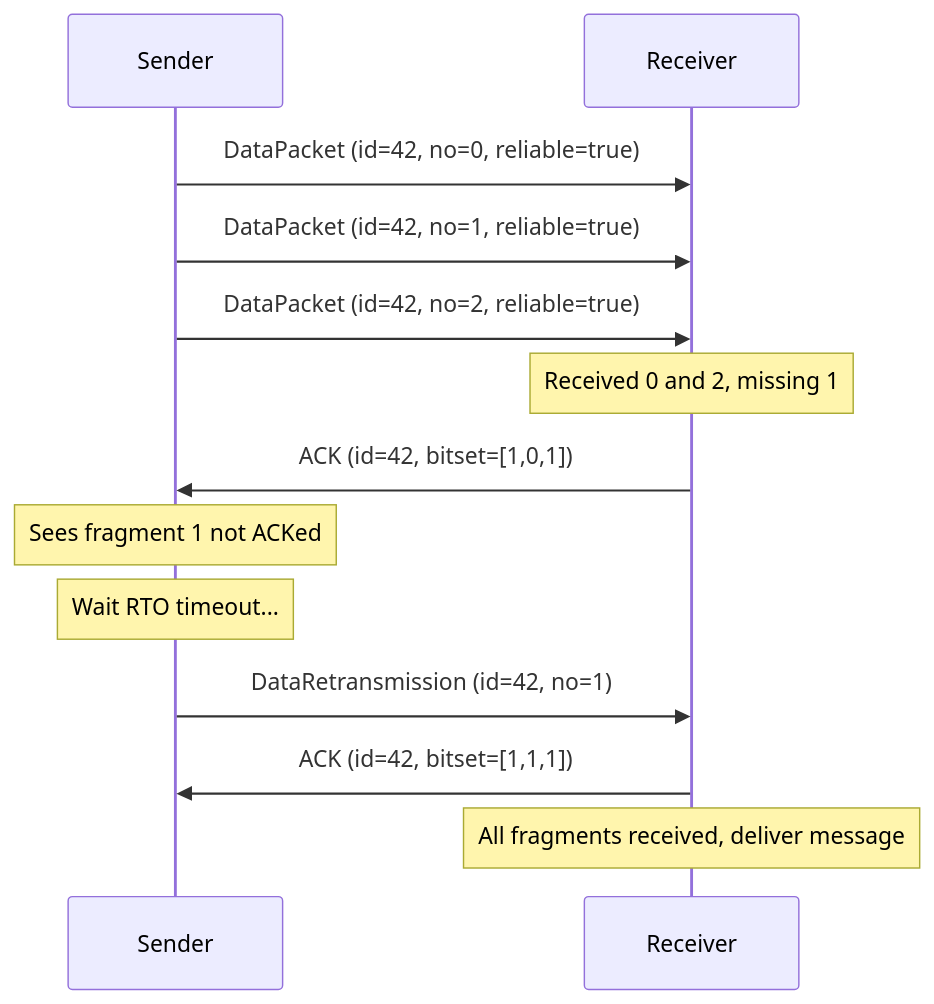
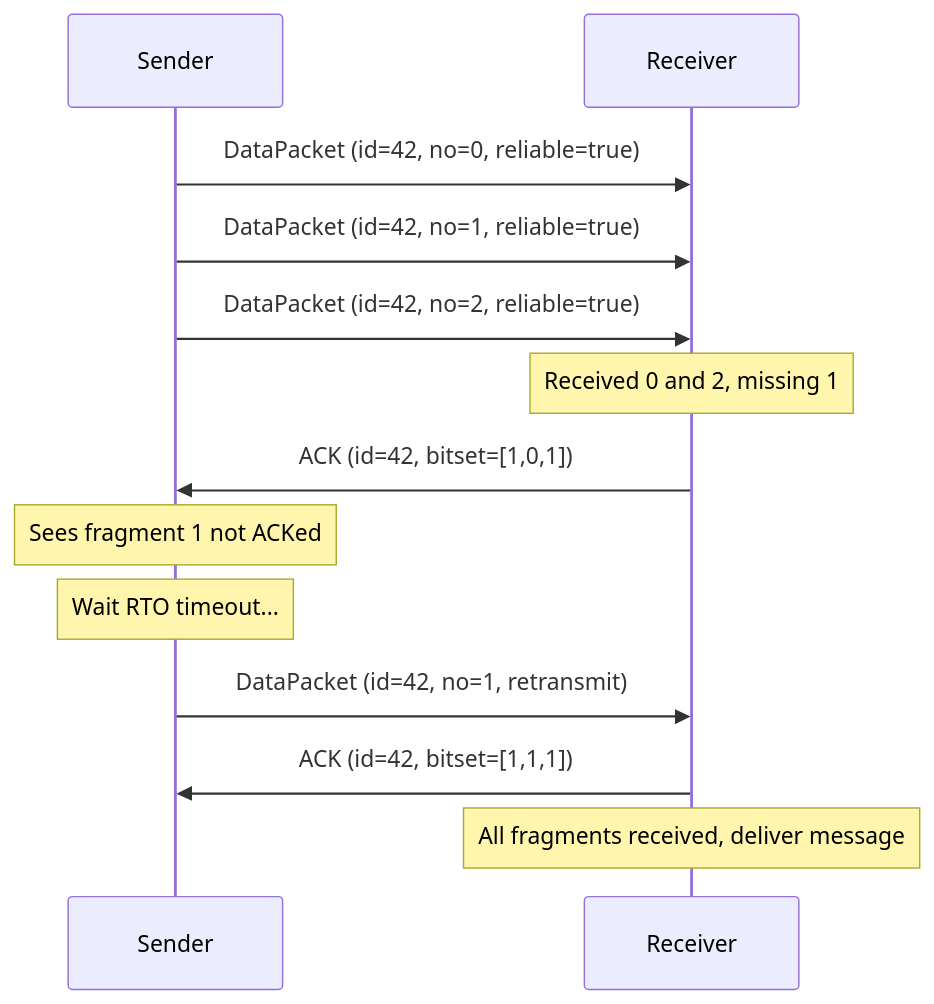
One commit to Fastcode/NUClear changed the ninth of 12 diagrams in docs/explanation/nuclearnet.md. Above: the diagram before and after it, drawn with Mermaid. The commit also changed other lines of this file and 2 other files, not shown here.

First line of the commit message:
refactor: remove DATA_RETRANSMISSION packet type and document announce-back

````diff
--- a/docs/explanation/nuclearnet.md
+++ b/docs/explanation/nuclearnet.md
@@ -313,19 +318,19 @@
 ```mermaid
 sequenceDiagram
     participant S as Sender
     participant R as Receiver
 
     S->>R: DataPacket (id=42, no=0, reliable=true)
     S->>R: DataPacket (id=42, no=1, reliable=true)
     S->>R: DataPacket (id=42, no=2, reliable=true)
 
     Note over R: Received 0 and 2, missing 1
     R->>S: ACK (id=42, bitset=[1,0,1])
 
     Note over S: Sees fragment 1 not ACKed
     Note over S: Wait RTO timeout...
-    S->>R: DataRetransmission (id=42, no=1)
+    S->>R: DataPacket (id=42, no=1, retransmit)
 
     R->>S: ACK (id=42, bitset=[1,1,1])
     Note over R: All fragments received, deliver message
 ```
````
